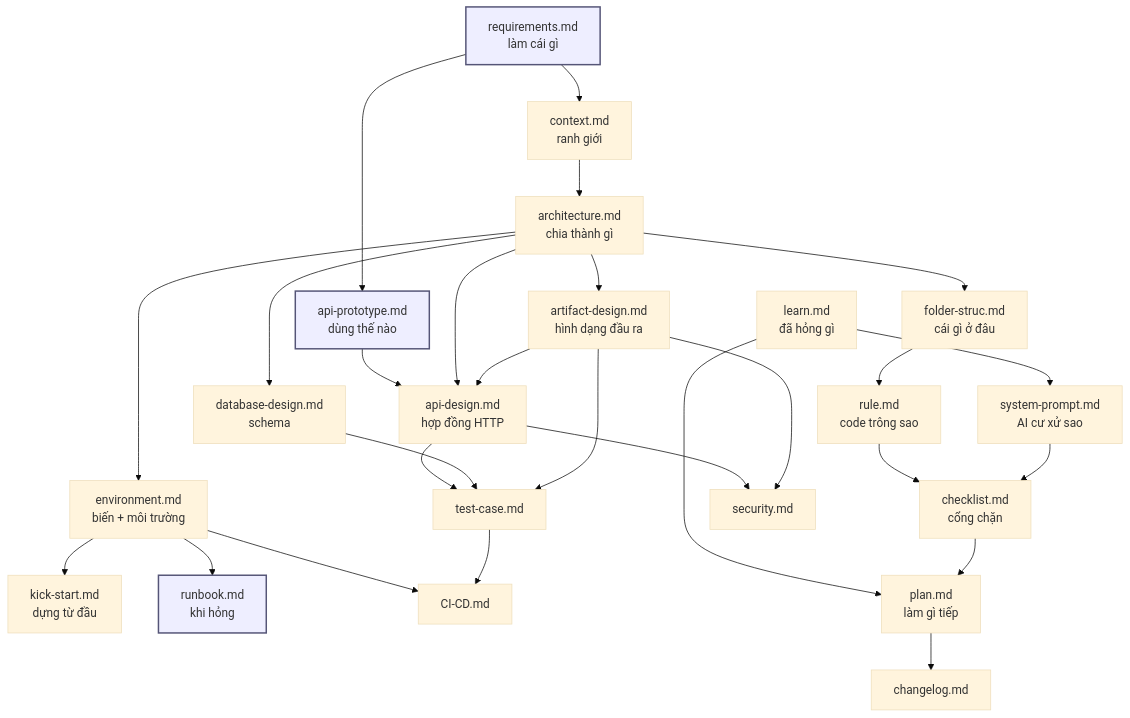
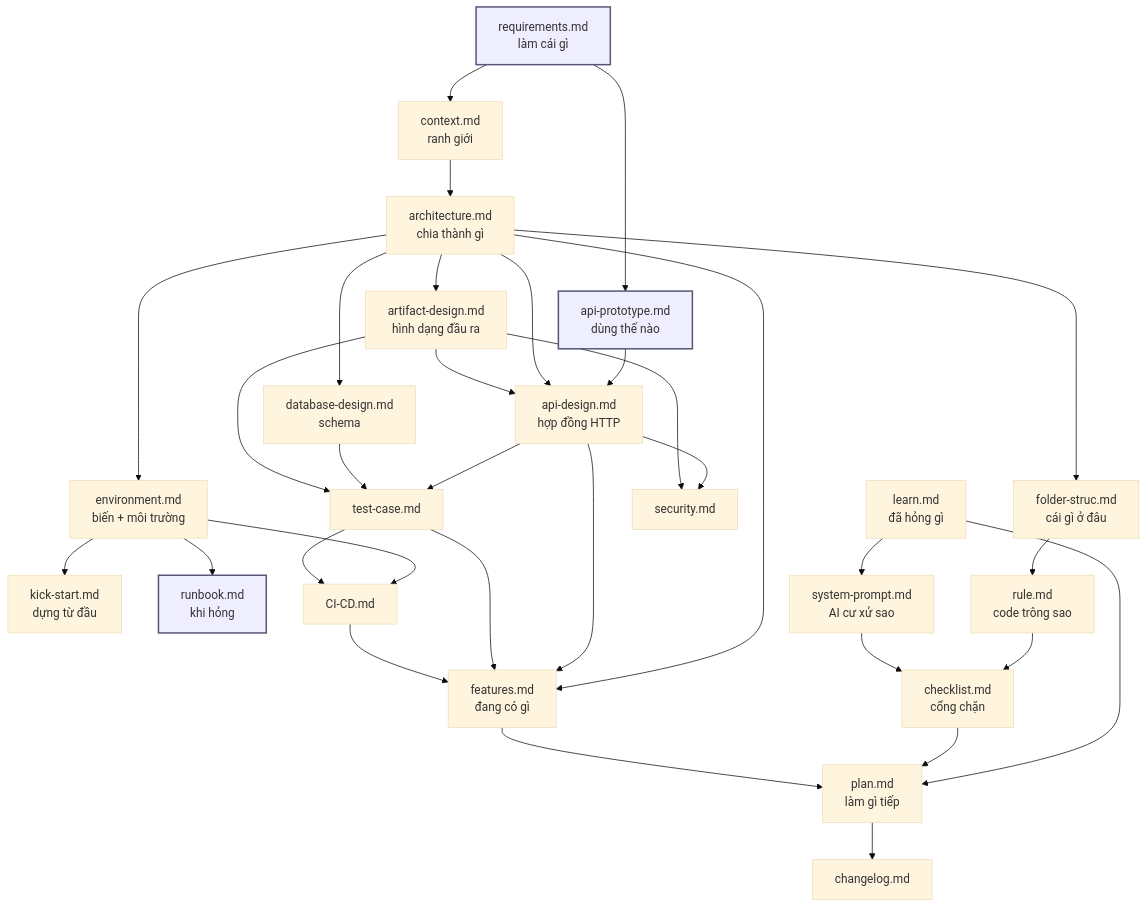
One commit to daclong120-del/app-relay changed the diagram in docs/README.md. Above: the diagram before and after it, drawn with Mermaid (base theme). The commit also changed other lines of this file and 10 other files, not shown here.

````diff
--- a/docs/README.md
+++ b/docs/README.md
@@ -86,45 +88,47 @@
 ```mermaid
 flowchart TD
     REQ["requirements.md<br/>làm cái gì"]
     CTX["context.md<br/>ranh giới"]
     PRO["api-prototype.md<br/>dùng thế nào"]
 
     ARC["architecture.md<br/>chia thành gì"]
     API["api-design.md<br/>hợp đồng HTTP"]
     DB["database-design.md<br/>schema"]
     ART["artifact-design.md<br/>hình dạng đầu ra"]
     FS["folder-struc.md<br/>cái gì ở đâu"]
 
     ENV["environment.md<br/>biến + môi trường"]
     KS["kick-start.md<br/>dựng từ đầu"]
     RB["runbook.md<br/>khi hỏng"]
 
     RULE["rule.md<br/>code trông sao"]
     SP["system-prompt.md<br/>AI cư xử sao"]
     CHK["checklist.md<br/>cổng chặn"]
 
     TC["test-case.md"]
     CI["CI-CD.md"]
     SEC["security.md"]
 
+    FEAT["features.md<br/>đang có gì"]
     PLAN["plan.md<br/>làm gì tiếp"]
     LEARN["learn.md<br/>đã hỏng gì"]
     CL["changelog.md"]
 
     REQ --> CTX --> ARC
     REQ --> PRO --> API
     ARC --> API & DB & ART & FS
     ART --> API
     ARC --> ENV --> KS & RB & CI
     FS --> RULE --> CHK
     SP --> CHK
     API & DB & ART --> TC --> CI
     API & ART --> SEC
     LEARN --> SP
     LEARN --> PLAN
     CHK --> PLAN
+    ARC & API & TC & CI --> FEAT --> PLAN
     PLAN --> CL
 
     classDef entry fill:#eef,stroke:#557,stroke-width:2px
     class REQ,PRO,RB entry
 ```
````
